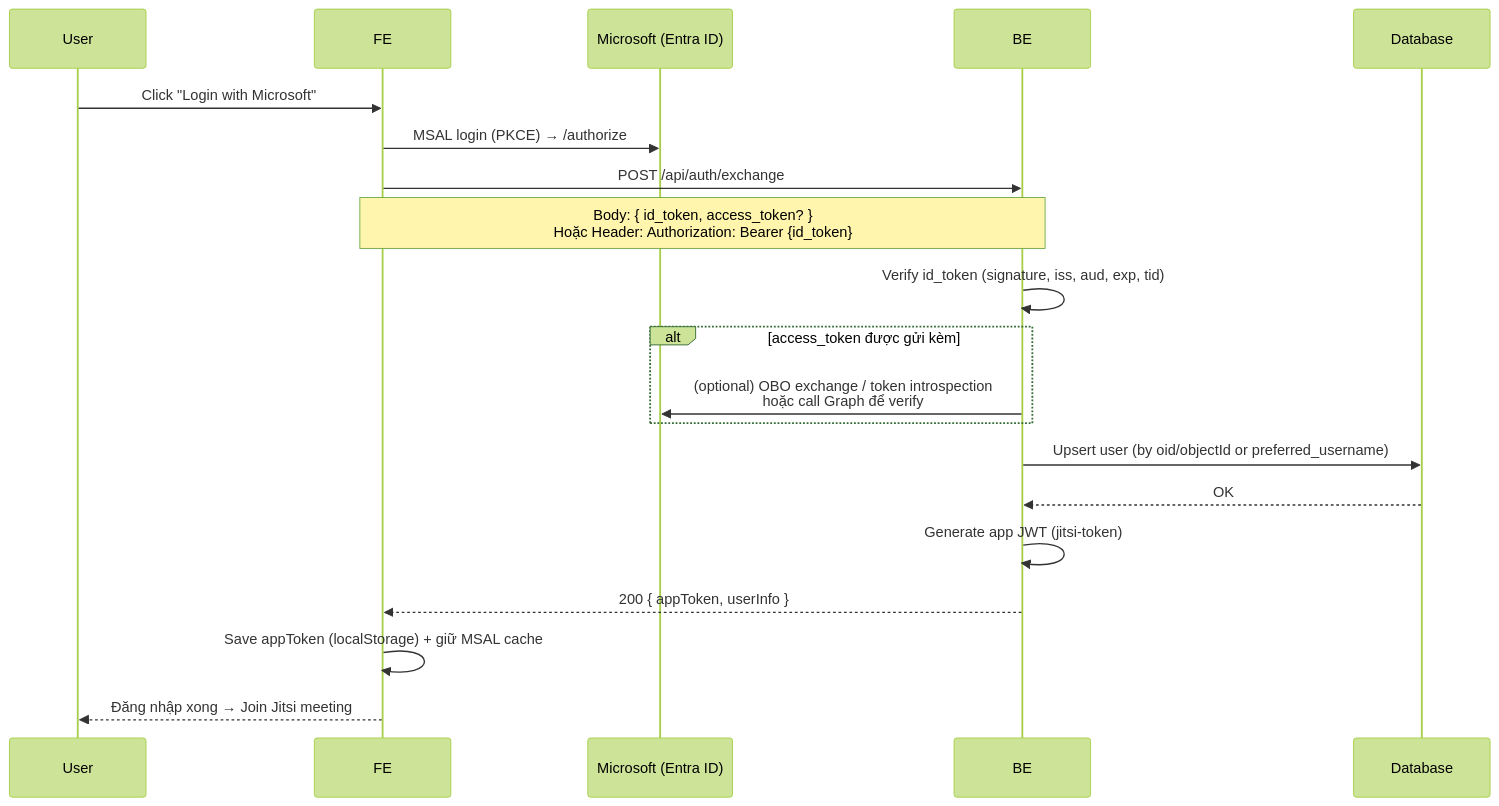
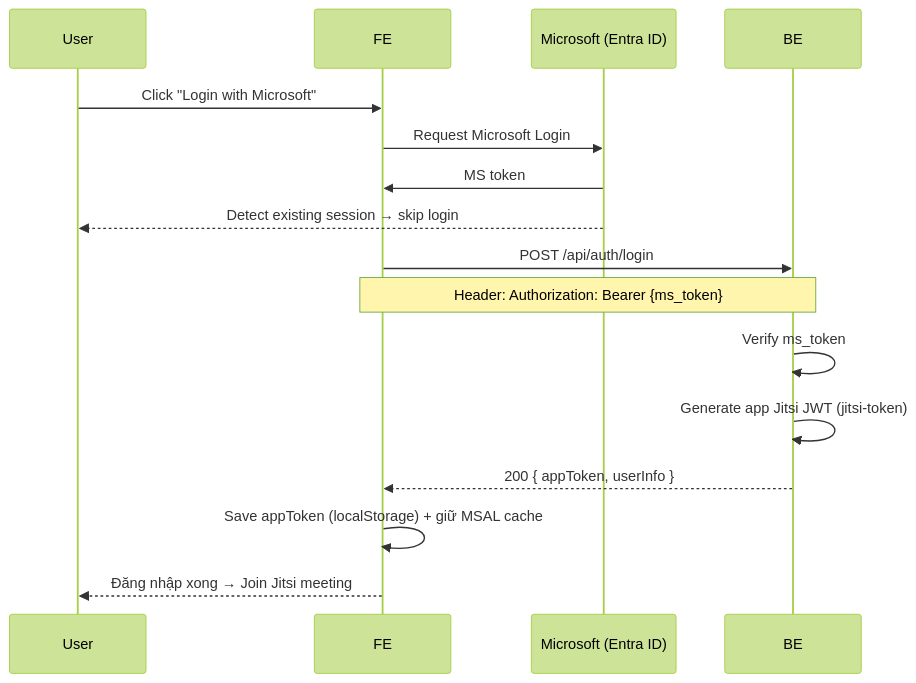
Before and after one commit to pnam16/foam: the first of 2 diagrams in projects/GEM/video-conference/auth-flow-v2.md, drawn with Mermaid (forest theme).

Commit message:
Oct 24, 2025, 5:04 PM

````diff
--- a/projects/GEM/video-conference/auth-flow-v2.md
+++ b/projects/GEM/video-conference/auth-flow-v2.md
@@ -36,25 +36,21 @@
 ```mermaid
 sequenceDiagram
   participant U as User
   participant F as FE
   participant M as Microsoft (Entra ID)
   participant B as BE
-  participant DB as Database
 
   U->>F: Click "Login with Microsoft"
-  F->>M: MSAL login (PKCE) → /authorize
+  F->>M: Request Microsoft Login
+  M->>F: MS token
+  M-->>U: Detect existing session → skip login
 
-  F->>B: POST /api/auth/exchange
-  Note over F,B: Body: { id_token, access_token? }<br/>Hoặc Header: Authorization: Bearer {id_token}
+  F->>B: POST /api/auth/login
+  Note over F,B: Header: Authorization: Bearer {ms_token}
 
-  B->>B: Verify id_token (signature, iss, aud, exp, tid)
-  alt access_token được gửi kèm
-      B->>M: (optional) OBO exchange / token introspection<br/>hoặc call Graph để verify
-  end
-  B->>DB: Upsert user (by oid/objectId or preferred_username)
-  DB-->>B: OK
-  B->>B: Generate app JWT (jitsi-token)
+  B->>B: Verify ms_token
+  B->>B: Generate app Jitsi JWT (jitsi-token)
   B-->>F: 200 { appToken, userInfo }
   F->>F: Save appToken (localStorage) + giữ MSAL cache
   F-->>U: Đăng nhập xong → Join Jitsi meeting
 ```
````
